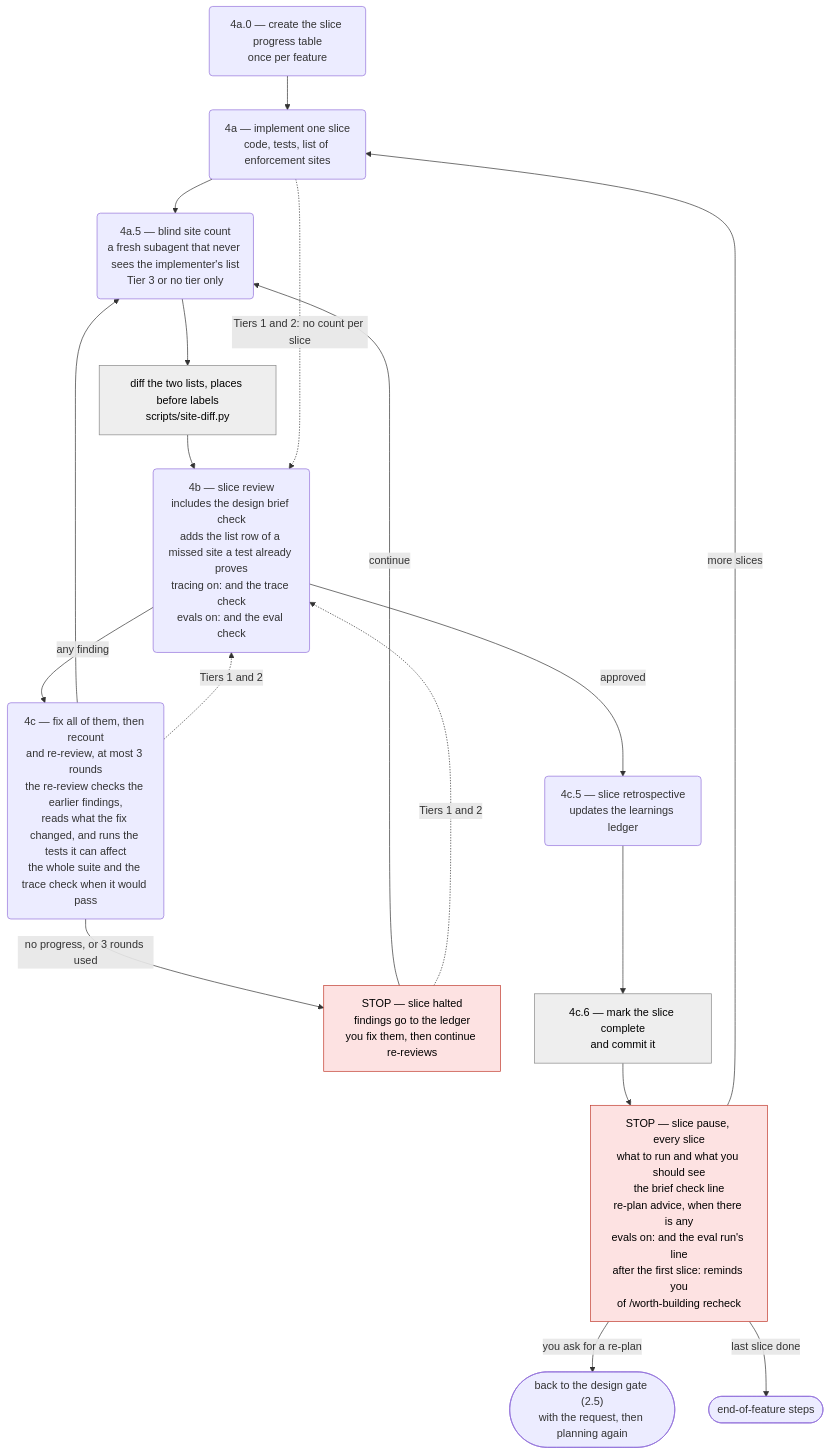
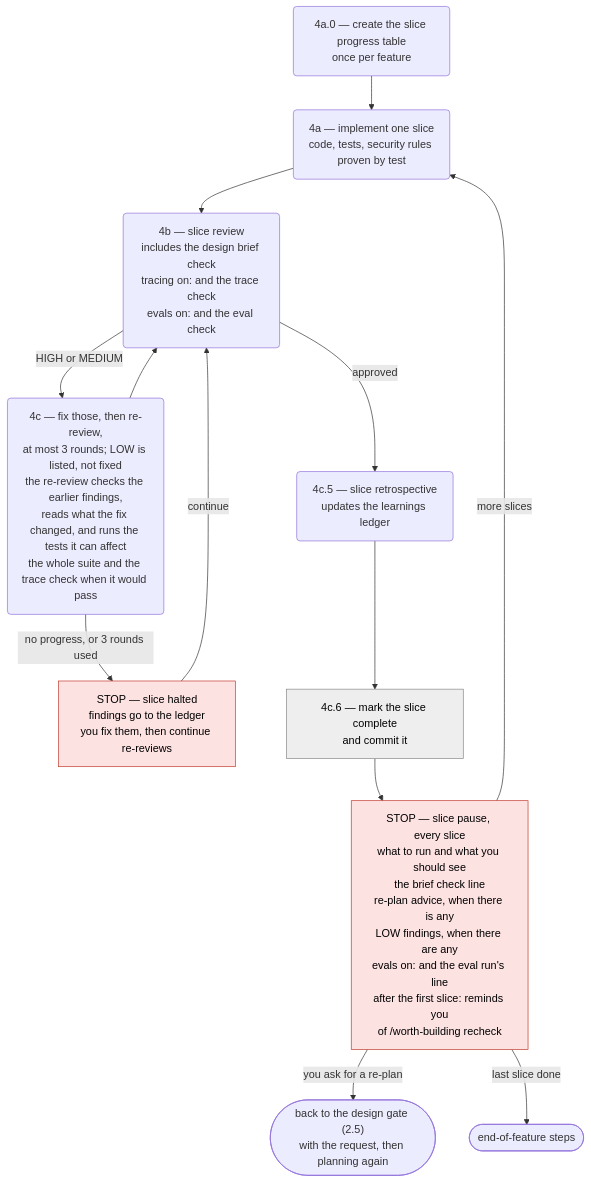
The third of 4 diagrams in agent-engineering/docs/sdd-flow-diagram.md (pablooliva/claude-plugins), drawn with Mermaid before and after one commit. The commit also changed other lines of this file and 44 other files, not shown here.

````diff
--- a/agent-engineering/docs/sdd-flow-diagram.md
+++ b/agent-engineering/docs/sdd-flow-diagram.md
@@ -95,23 +96,18 @@
 ```mermaid
 flowchart TD
-    scaffold("4a.0 — create the slice progress table<br/>once per feature") --> impl("4a — implement one slice<br/>code, tests, list of enforcement sites")
-    impl --> count("4a.5 — blind site count<br/>a fresh subagent that never sees the implementer's list<br/>Tier 3 or no tier only")
-    count --> diff["diff the two lists, places before labels<br/>scripts/site-diff.py"]:::orch
-    diff --> review("4b — slice review<br/>includes the design brief check<br/>adds the list row of a missed site a test already proves<br/>tracing on: and the trace check<br/>evals on: and the eval check")
-    impl -. "Tiers 1 and 2: no count per slice" .-> review
-    review -- "any finding" --> fix("4c — fix all of them, then recount<br/>and re-review, at most 3 rounds<br/>the re-review checks the earlier findings,<br/>reads what the fix changed, and runs the tests it can affect<br/>the whole suite and the trace check when it would pass")
-    fix --> count
-    fix -. "Tiers 1 and 2" .-> review
+    scaffold("4a.0 — create the slice progress table<br/>once per feature") --> impl("4a — implement one slice<br/>code, tests, security rules proven by test")
+    impl --> review("4b — slice review<br/>includes the design brief check<br/>tracing on: and the trace check<br/>evals on: and the eval check")
+    review -- "HIGH or MEDIUM" --> fix("4c — fix those, then re-review,<br/>at most 3 rounds; LOW is listed, not fixed<br/>the re-review checks the earlier findings,<br/>reads what the fix changed, and runs the tests it can affect<br/>the whole suite and the trace check when it would pass")
+    fix --> review
     fix -- "no progress, or 3 rounds used" --> halt["STOP — slice halted<br/>findings go to the ledger<br/>you fix them, then continue re-reviews"]:::stop
-    halt -- "continue" --> count
-    halt -. "Tiers 1 and 2" .-> review
+    halt -- "continue" --> review
     review -- "approved" --> retro("4c.5 — slice retrospective<br/>updates the learnings ledger")
     retro --> commit["4c.6 — mark the slice complete<br/>and commit it"]:::orch
-    commit --> pause["STOP — slice pause, every slice<br/>what to run and what you should see<br/>the brief check line<br/>re-plan advice, when there is any<br/>evals on: and the eval run's line<br/>after the first slice: reminds you<br/>of /worth-building recheck"]:::stop
+    commit --> pause["STOP — slice pause, every slice<br/>what to run and what you should see<br/>the brief check line<br/>re-plan advice, when there is any<br/>LOW findings, when there are any<br/>evals on: and the eval run's line<br/>after the first slice: reminds you<br/>of /worth-building recheck"]:::stop
     pause -- "you ask for a re-plan" --> replan(["back to the design gate (2.5)<br/>with the request, then planning again"])
     pause -- "more slices" --> impl
     pause -- "last slice done" --> eof(["end-of-feature steps"])
 
     classDef stop fill:#fde2e2,stroke:#c0392b,color:#000
     classDef orch fill:#eeeeee,stroke:#888888,color:#000
 ```
````
